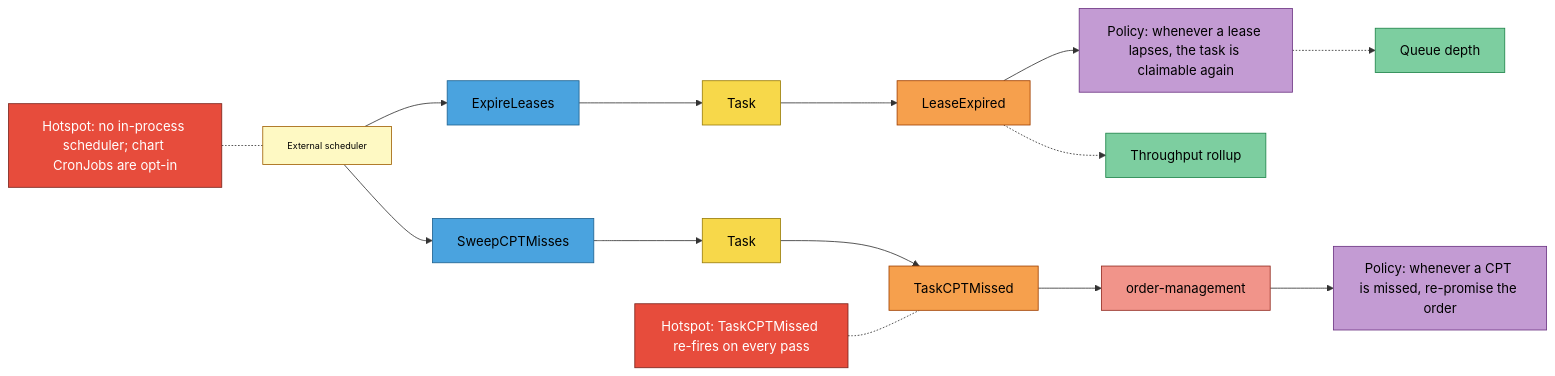
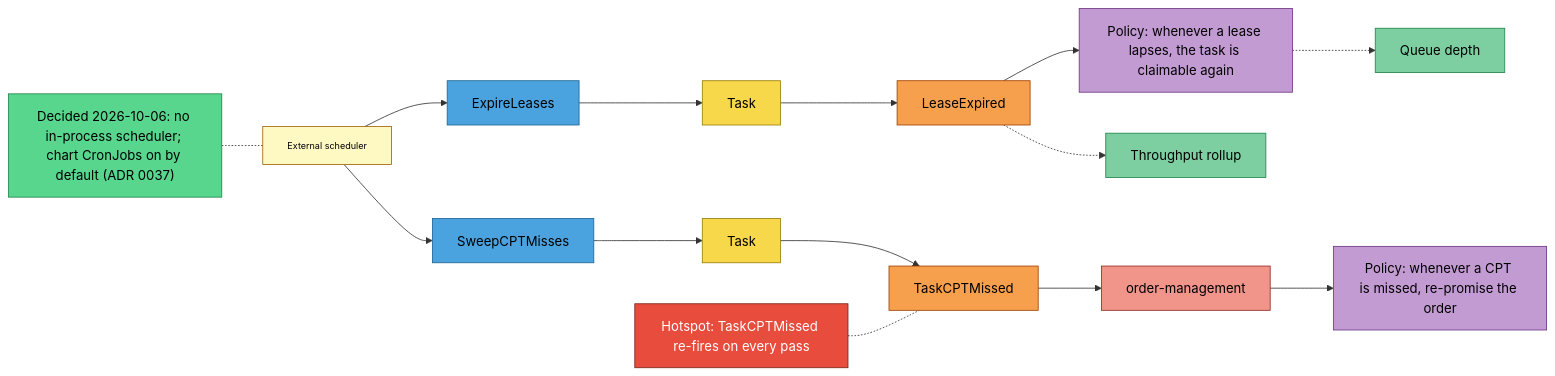
One commit to IQVO/warehouse-docs changed the fourth of 4 diagrams in docs/contexts/fulfillment-execution/eventstorming.md. Above: the diagram before and after it, drawn with Mermaid. The commit also changed other lines of this file and 318 other files, not shown here.

````diff
--- a/docs/contexts/fulfillment-execution/eventstorming.md
+++ b/docs/contexts/fulfillment-execution/eventstorming.md
@@ -174,34 +174,35 @@
 ```mermaid
 flowchart LR
     SCH["External scheduler"]:::actor
     C1["ExpireLeases"]:::command
     T1["Task"]:::aggregate
     E1["LeaseExpired"]:::event
     P1["Policy: whenever a lease lapses, the task is claimable again"]:::policy
     RM1["Queue depth"]:::readmodel
     C2["SweepCPTMisses"]:::command
     T2["Task"]:::aggregate
     E2["TaskCPTMissed"]:::event
     OM["order-management"]:::external
     P2["Policy: whenever a CPT is missed, re-promise the order"]:::policy
     PJ["Throughput rollup"]:::readmodel
-    H1["Hotspot: no in-process scheduler; chart CronJobs are opt-in"]:::hotspot
+    H1["Decided 2026-10-06: no in-process scheduler; chart CronJobs on by default (ADR 0037)"]:::decision
     H2["Hotspot: TaskCPTMissed re-fires on every pass"]:::hotspot
 
     SCH --> C1 --> T1 --> E1 --> P1
     P1 -.-> RM1
     E1 -.-> PJ
     SCH --> C2 --> T2 --> E2 --> OM
     OM --> P2
     H1 -.- SCH
     H2 -.- E2
 
     classDef actor fill:#fef9c3,stroke:#a16207,color:#000,font-size:11px
     classDef command fill:#4aa3df,stroke:#1f6391,color:#000
     classDef aggregate fill:#f7d84a,stroke:#9a7d0a,color:#000
     classDef event fill:#f6a04d,stroke:#a04000,color:#000
     classDef policy fill:#c39bd3,stroke:#6c3483,color:#000
     classDef readmodel fill:#7dcea0,stroke:#1e8449,color:#000
     classDef external fill:#f1948a,stroke:#922b21,color:#000
     classDef hotspot fill:#e74c3c,stroke:#7b241c,color:#fff
+    classDef decision fill:#58d68d,stroke:#1e8449,color:#000
 ```
````
